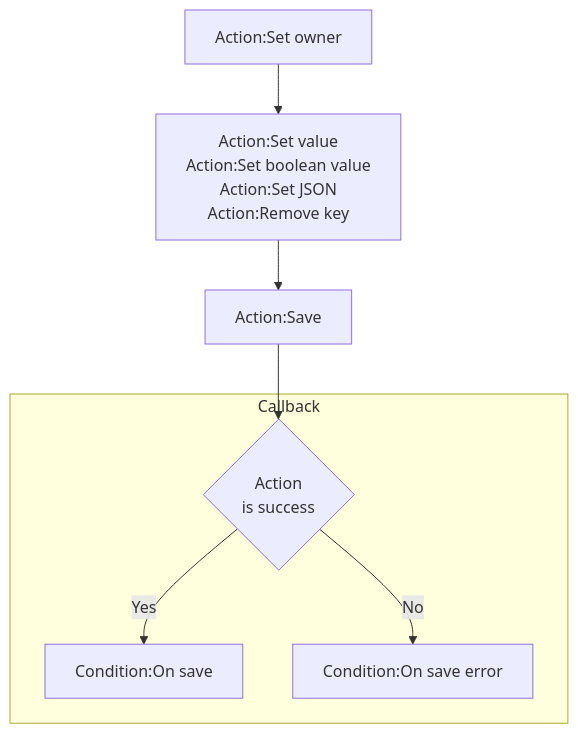
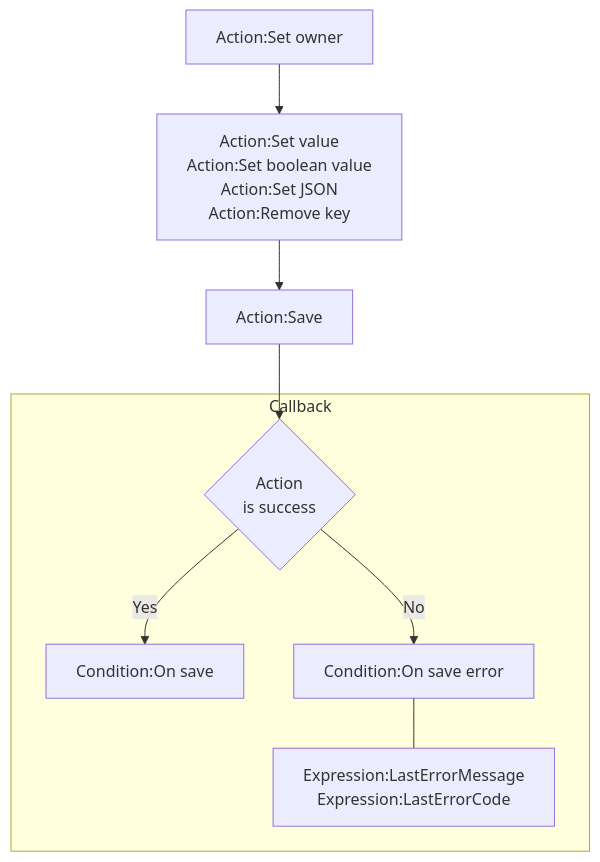
The first of 3 diagrams in plugins.md/rex_firebase_savedata.md (rexrainbow/C2RexDoc), drawn with Mermaid before and after one commit. The commit also changed other lines of this file and 10 other files, not shown here.

````diff
--- a/plugins.md/rex_firebase_savedata.md
+++ b/plugins.md/rex_firebase_savedata.md
@@ -50,12 +50,13 @@
 ```mermaid
 graph TB
 
 ActSetOwner["Action:Set owner"] --> ActPrepare["Action:Set value<br>Action:Set boolean value<br>Action:Set JSON<br>Action:Remove key"]
 ActPrepare --> ActSave["Action:Save"]
 ActSave --> ActionIsSuccess
 
 subgraph Callback
 ActionIsSuccess{Action<br>is success} --> |Yes| CondOnSuccess["Condition:On save"]
 ActionIsSuccess --> |No| CondOnError["Condition:On save error"]
+CondOnError --- ExpError["Expression:LastErrorMessage<br>Expression:LastErrorCode"]
 end
 ```
````
